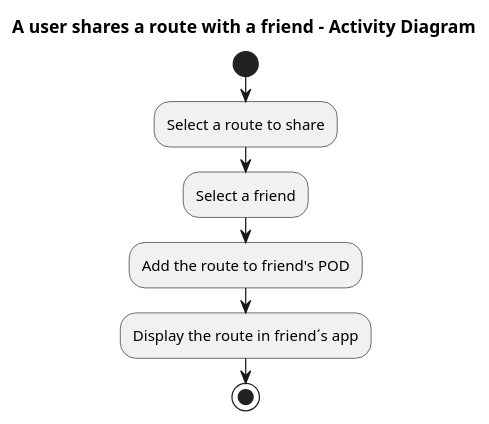
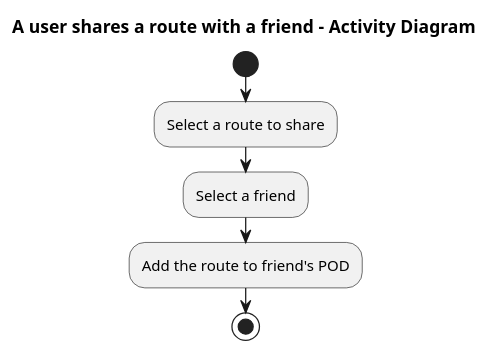
Before and after one commit to Arquisoft/viade_en1b: the diagram in src/docs/diagrams/06-02_shareRoute.puml, drawn with PlantUML.

Commit message:
Removed display node from share route activity diagram.

```diff
--- a/src/docs/diagrams/06-02_shareRoute.puml
+++ b/src/docs/diagrams/06-02_shareRoute.puml
@@ -1,13 +1,11 @@
-title A user shares a route with a friend - Activity Diagram 
+title A user shares a route with a friend - Activity Diagram
 
 start
 
 :Select a route to share;
 
 :Select a friend;
 
 :Add the route to friend's POD;
 
-:Display the route in friend´s app;
-
 stop
```
